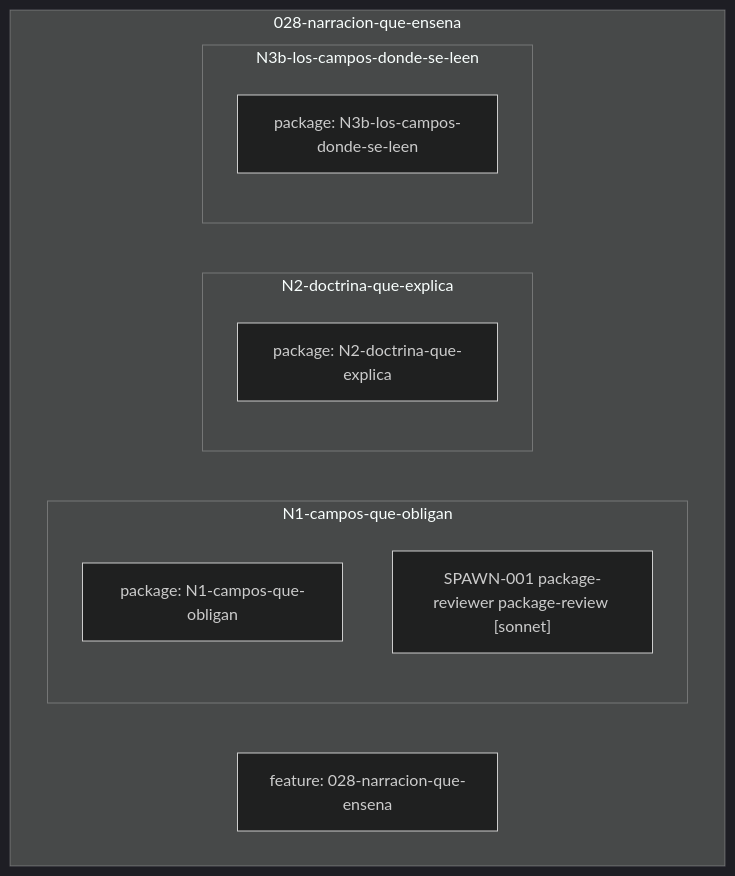
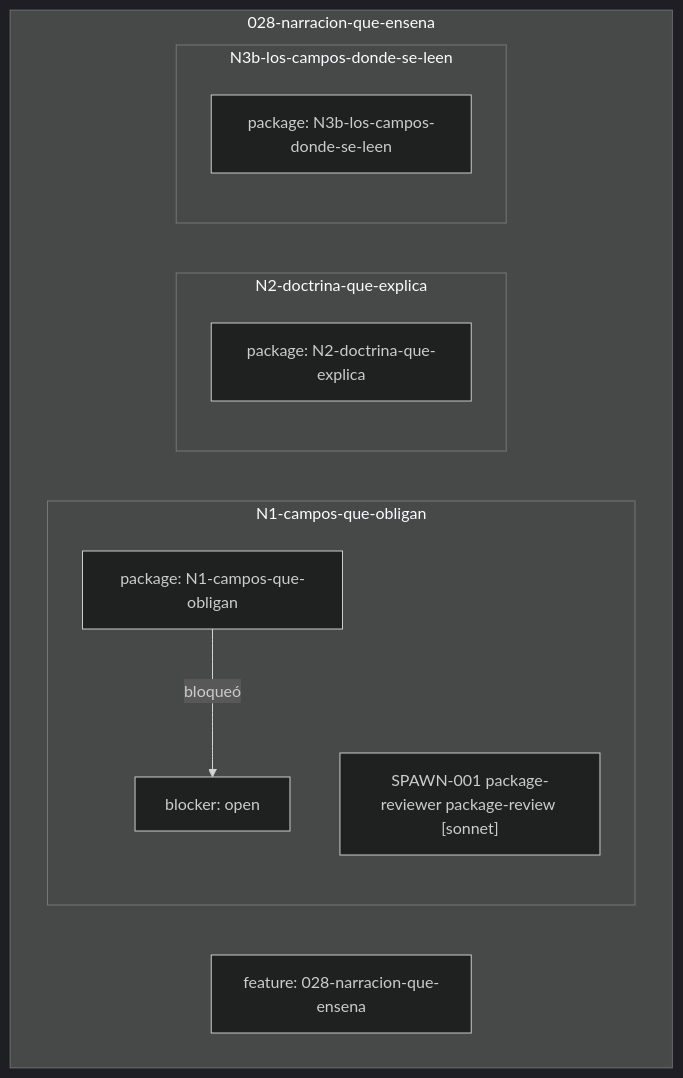
One commit to federico0330/set-agents changed the diagram in docs/notas/features/028-narracion-que-ensena/grafo.md. Above: the diagram before and after it, drawn with Mermaid (dark theme). The commit also changed 30 other files, not shown here.

````diff
--- a/docs/notas/features/028-narracion-que-ensena/grafo.md
+++ b/docs/notas/features/028-narracion-que-ensena/grafo.md
@@ -4,16 +4,18 @@
 ```mermaid
 flowchart TD
 subgraph sg_028_narracion_que_ensena["028-narracion-que-ensena"]
   feature_028_narracion_que_ensena_1["feature: 028-narracion-que-ensena"]
   subgraph sg_028_narracion_que_ensena_n1_campos_que_obligan["N1-campos-que-obligan"]
     package_028_narracion_que_ensena_n1_campos_que_obligan_1["package: N1-campos-que-obligan"]
     spawn_028_narracion_que_ensena_n1_campos_que_obligan_1["SPAWN-001 package-reviewer package-review #91;sonnet#93;"]
+    blocker_028_narracion_que_ensena_n1_campos_que_obligan_1["blocker: open"]
   end
   subgraph sg_028_narracion_que_ensena_n2_doctrina_que_explica["N2-doctrina-que-explica"]
     package_028_narracion_que_ensena_n2_doctrina_que_explica_1["package: N2-doctrina-que-explica"]
   end
   subgraph sg_028_narracion_que_ensena_n3b_los_campos_donde_se_leen["N3b-los-campos-donde-se-leen"]
     package_028_narracion_que_ensena_n3b_los_campos_donde_se_leen_1["package: N3b-los-campos-donde-se-leen"]
   end
 end
+package_028_narracion_que_ensena_n1_campos_que_obligan_1 -->|bloqueó| blocker_028_narracion_que_ensena_n1_campos_que_obligan_1
 ```
````
